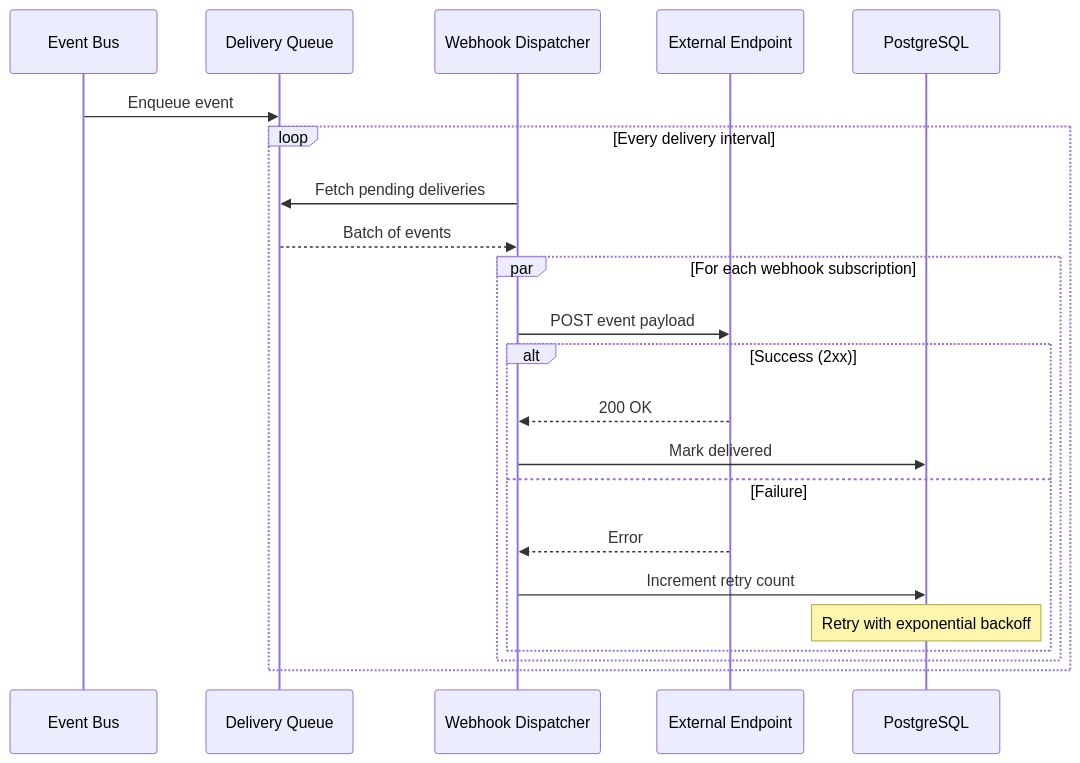
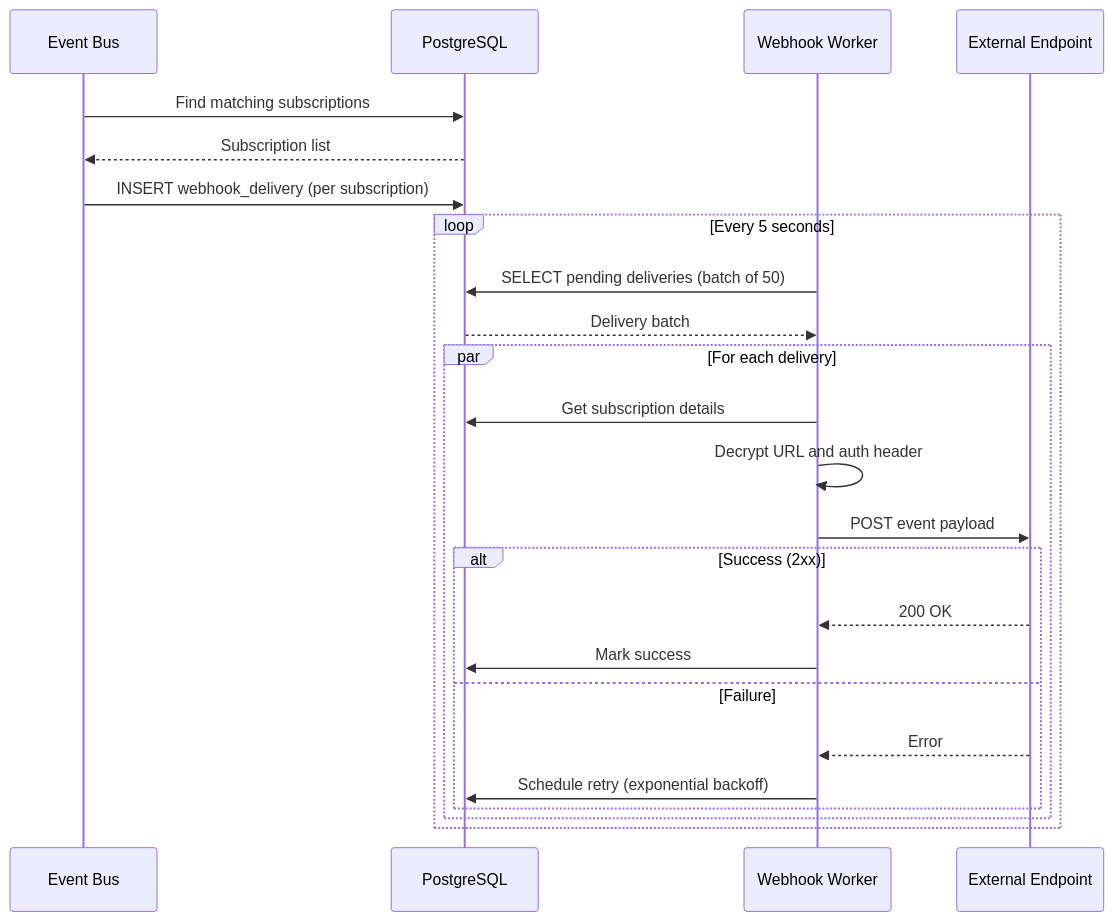
Before and after one commit to colliery-io/brokkr: the sixth of 10 diagrams in docs/content/explanation/data-flows.md, drawn with Mermaid. The commit also changed other lines of this file and 28 other files, not shown here.

```diff
--- a/docs/content/explanation/data-flows.md
+++ b/docs/content/explanation/data-flows.md
@@ -178,27 +219,29 @@
 {{< mermaid >}}
 sequenceDiagram
     participant EventBus as Event Bus
-    participant Queue as Delivery Queue
-    participant Dispatcher as Webhook Dispatcher
+    participant DB as PostgreSQL
+    participant Worker as Webhook Worker
     participant Endpoint as External Endpoint
-    participant DB as PostgreSQL
 
-    EventBus->>Queue: Enqueue event
+    EventBus->>DB: Find matching subscriptions
+    DB-->>EventBus: Subscription list
+    EventBus->>DB: INSERT webhook_delivery (per subscription)
 
-    loop Every delivery interval
-        Dispatcher->>Queue: Fetch pending deliveries
-        Queue-->>Dispatcher: Batch of events
+    loop Every 5 seconds
+        Worker->>DB: SELECT pending deliveries (batch of 50)
+        DB-->>Worker: Delivery batch
 
-        par For each webhook subscription
-            Dispatcher->>Endpoint: POST event payload
+        par For each delivery
+            Worker->>DB: Get subscription details
+            Worker->>Worker: Decrypt URL and auth header
+            Worker->>Endpoint: POST event payload
             alt Success (2xx)
-                Endpoint-->>Dispatcher: 200 OK
-                Dispatcher->>DB: Mark delivered
+                Endpoint-->>Worker: 200 OK
+                Worker->>DB: Mark success
             else Failure
-                Endpoint-->>Dispatcher: Error
-                Dispatcher->>DB: Increment retry count
-                Note over DB: Retry with exponential backoff
+                Endpoint-->>Worker: Error
+                Worker->>DB: Schedule retry (exponential backoff)
             end
         end
     end
 {{< /mermaid >}}
```
